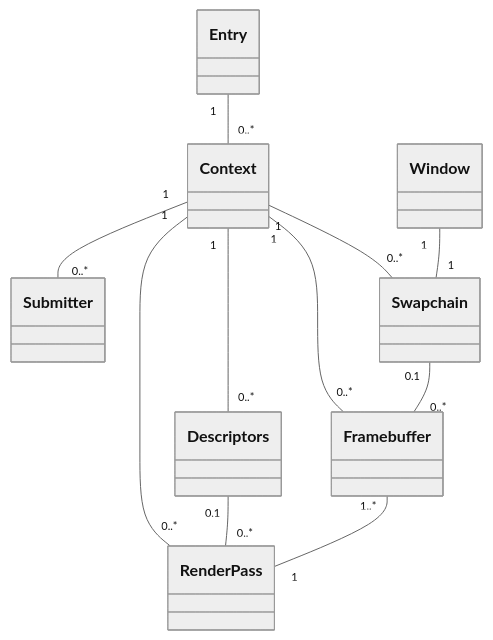
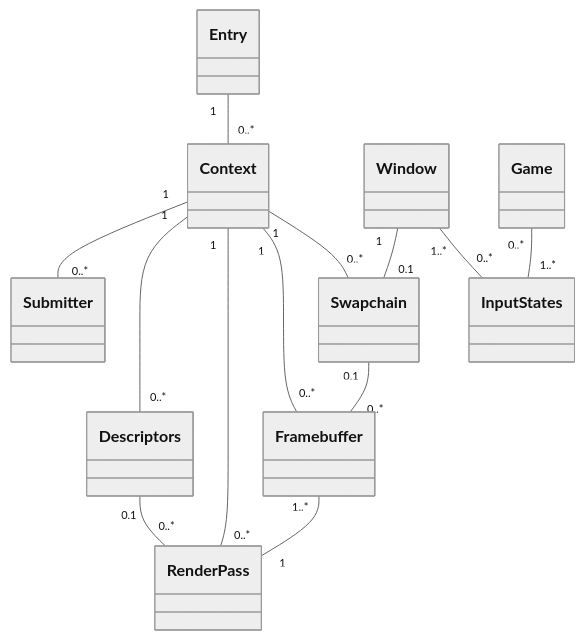
Before and after one commit to Tengu712/ash-2dgame-template: the diagram in README.md, drawn with Mermaid (neutral theme).

Commit message:
update module diagram

````diff
--- a/README.md
+++ b/README.md
@@ -43,22 +43,26 @@
 ```mermaid
 classDiagram
     class Entry
     class Context
     class Submitter
     class Descriptors
     class RenderPass
     class Window
     class Swapchain
     class Framebuffer
+    class InputStates
+    class Game
 
     Entry "1" -- "0..*" Context
     Context "1" -- "0..*" Submitter
     Context "1" -- "0..*" Descriptors
     Context "1" -- "0..*" RenderPass
+    Context "1" -- "0..*" Framebuffer
     Context "1" -- "0..*" Swapchain
-    Context "1" -- "0..*" Framebuffer
-    Window "1" -- "1" Swapchain
+    Window "1" -- "0,1" Swapchain
     Swapchain "0,1" -- "0..*" Framebuffer
     Descriptors "0,1" -- "0..*" RenderPass
     Framebuffer "1..*" -- "1" RenderPass
+    Window "1..*" -- "0..*" InputStates
+    Game "0..*" -- "1..*" InputStates
 ```
````
